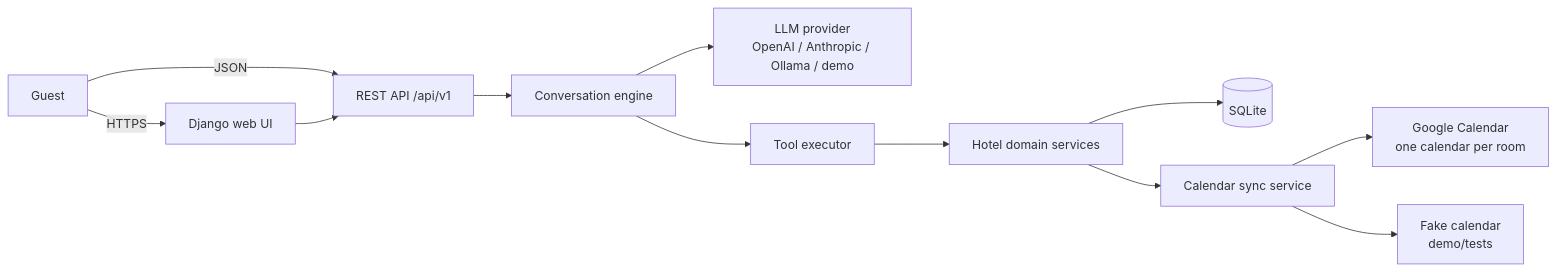
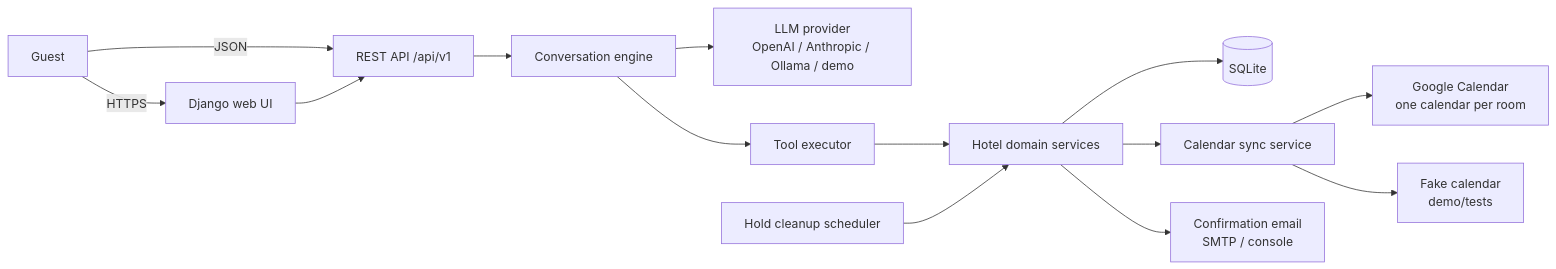
Before and after one commit to michalfrackowiak/hotel-ai-alpha: the first of 4 diagrams in docs/ARCHITECTURE.md, drawn with Mermaid. The commit also changed other lines of this file and 56 other files, not shown here.

````diff
--- a/docs/ARCHITECTURE.md
+++ b/docs/ARCHITECTURE.md
@@ -7,14 +7,16 @@
 ```mermaid
 flowchart LR
     Guest[Guest] -->|HTTPS| Web[Django web UI]
     Guest -->|JSON| API[REST API /api/v1]
     Web --> API
     API --> Agent[Conversation engine]
     Agent --> LLM[LLM provider<br/>OpenAI / Anthropic / Ollama / demo]
     Agent --> Tools[Tool executor]
     Tools --> Hotel[Hotel domain services]
     Hotel --> DB[(SQLite)]
     Hotel --> Calendar[Calendar sync service]
     Calendar --> Google[Google Calendar<br/>one calendar per room]
     Calendar --> Fake[Fake calendar<br/>demo/tests]
+    Hotel --> Mail[Confirmation email<br/>SMTP / console]
+    Scheduler[Hold cleanup scheduler] --> Hotel
 ```
````
